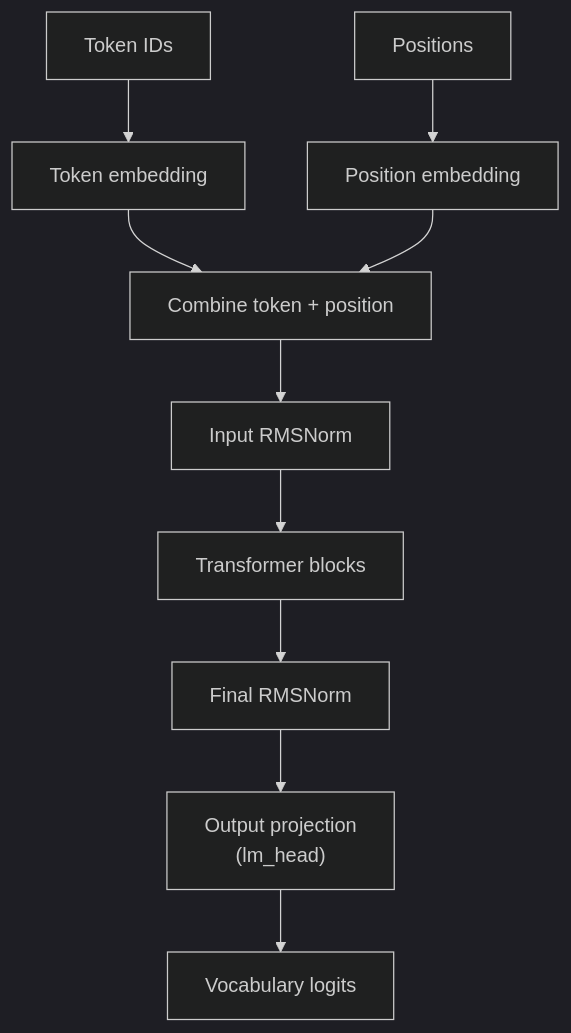
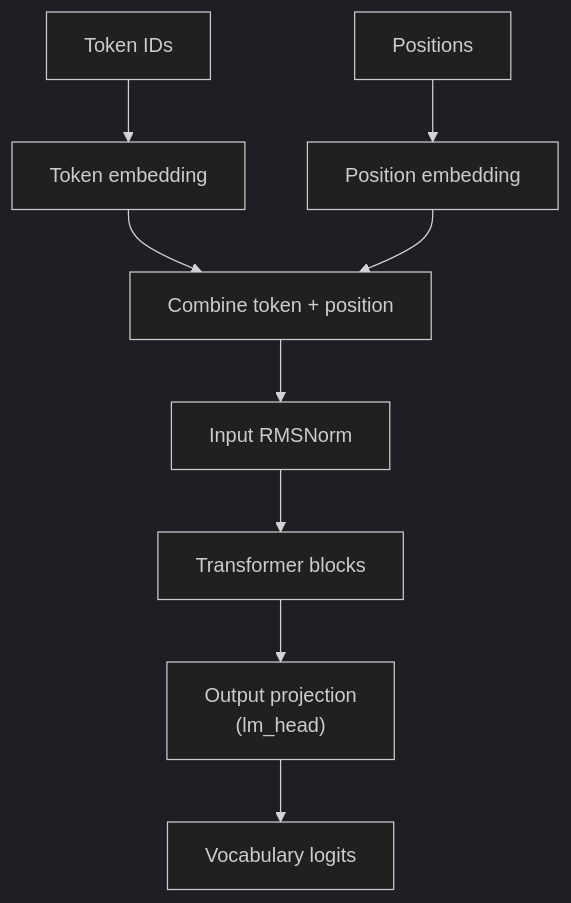
One commit to danilop/micro-gpt-and-beyond changed the diagram in walk-the-code/diagrams/transformer_forward.mmd. Above: the diagram before and after it, drawn with Mermaid (dark theme). The commit also changed 5 other files, not shown here.

First line of the commit message:
Diagrams: remove the phantom Final RMSNorm node

```diff
--- a/walk-the-code/diagrams/transformer_forward.mmd
+++ b/walk-the-code/diagrams/transformer_forward.mmd
@@ -1,10 +1,9 @@
 graph TD
     tokens[Token IDs] --> wte[Token embedding]
     pos[Positions] --> wpe[Position embedding]
     wte --> add_emb[Combine token + position]
     wpe --> add_emb
     add_emb --> norm_in[Input RMSNorm]
     norm_in --> blocks[Transformer blocks]
-    blocks --> norm_out[Final RMSNorm]
-    norm_out --> lm_head["Output projection<br/>(lm_head)"]
+    blocks --> lm_head["Output projection<br/>(lm_head)"]
     lm_head --> logits[Vocabulary logits]
```
